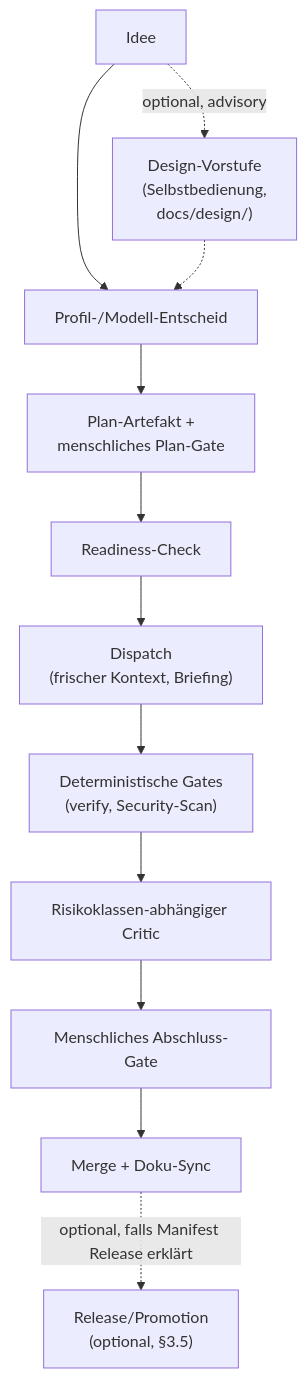
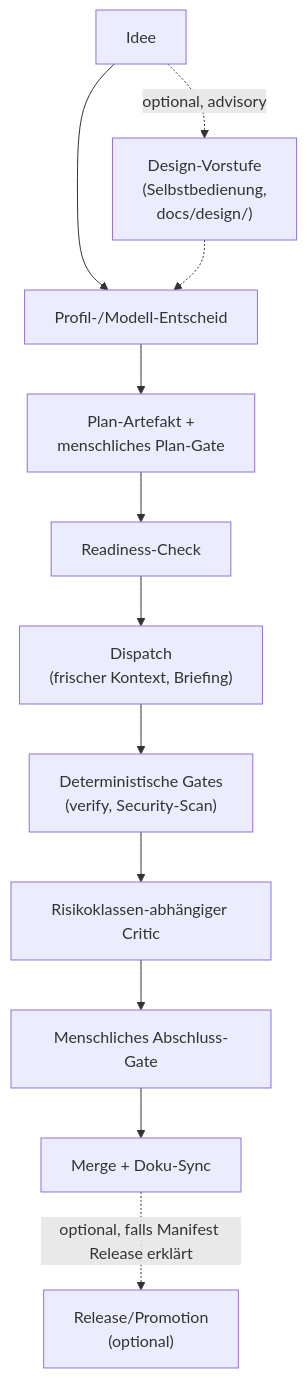
Before and after one commit to agent-pipe-shared/agent-pipeline: the fourth of 4 diagrams in README.md, drawn with Mermaid. The commit also changed other lines of this file and 8 other files, not shown here.

````diff
--- a/README.md
+++ b/README.md
@@ -433,14 +433,14 @@
 ```mermaid
 flowchart TD
     ID["Idee"] --> P
     ID -.->|"optional, advisory"| DS["Design-Vorstufe<br/>(Selbstbedienung,<br/>docs/design/)"]
     DS -.-> P
     P["Profil-/Modell-Entscheid"] --> PL["Plan-Artefakt +<br/>menschliches Plan-Gate"]
     PL --> R["Readiness-Check"]
     R --> D["Dispatch<br/>(frischer Kontext, Briefing)"]
     D --> G["Deterministische Gates<br/>(verify, Security-Scan)"]
     G --> C["Risikoklassen-abhängiger Critic"]
     C --> H["Menschliches Abschluss-Gate"]
     H --> M["Merge + Doku-Sync"]
-    M -.->|"optional, falls Manifest Release erklärt"| REL["Release/Promotion<br/>(optional, §3.5)"]
+    M -.->|"optional, falls Manifest Release erklärt"| REL["Release/Promotion<br/>(optional)"]
 ```
````
